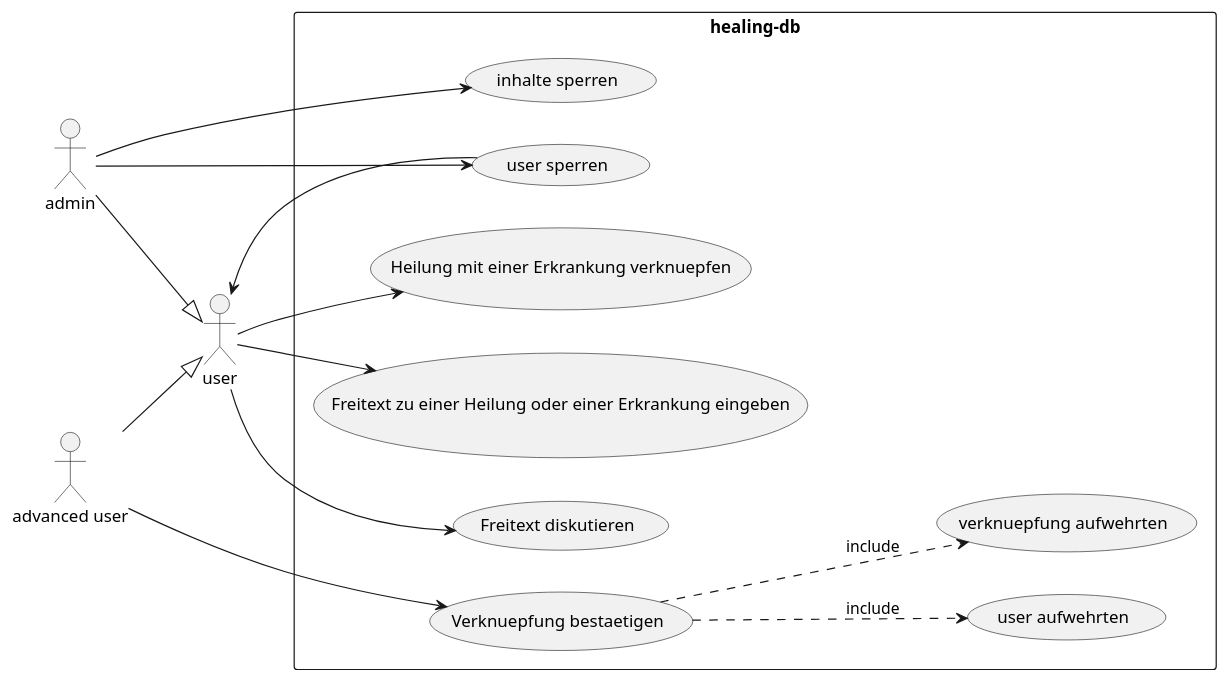
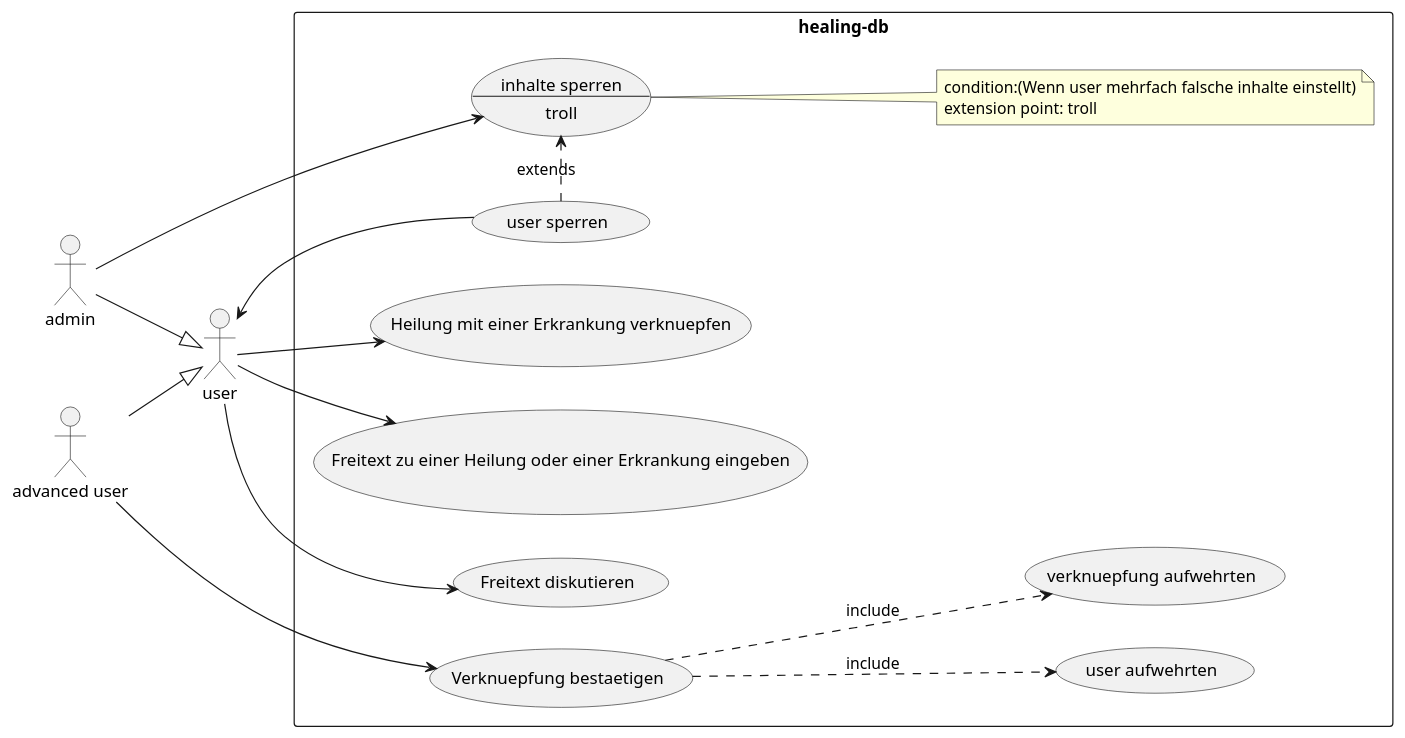
One commit to healing-db/concept changed the diagram in uml/use_case.plantuml. Above: the diagram before and after it, drawn with PlantUML. The commit also changed 2 other files, not shown here.

Commit message:
add extensionpoint "troll"

```diff
--- a/uml/use_case.plantuml
+++ b/uml/use_case.plantuml
@@ -1,25 +1,34 @@
 @startuml
 skinparam packageStyle rectangle
 left to right direction
 
 actor user
 actor admin
 :advanced user: as pro
 pro --|> user
 admin --|> user
 
 rectangle healing-db {
   user --> (Heilung mit einer Erkrankung verknuepfen)
   user --> (Freitext zu einer Heilung oder einer Erkrankung eingeben)
   user --> (Freitext diskutieren)
 
   pro --> (Verknuepfung bestaetigen)
 
   (Verknuepfung bestaetigen) ..> (user aufwehrten) : include
   (Verknuepfung bestaetigen) ..> (verknuepfung aufwehrten) : include
 
-  admin --> (inhalte sperren)
-  admin --> (user sperren)
+  usecase UC1 as "inhalte sperren
+  --
+  troll"
+
+  note right of (UC1)
+    condition:(Wenn user mehrfach falsche inhalte einstellt)
+    extension point: troll
+  end note
+
+  admin --> (UC1)
+  (user sperren) .> (UC1) : extends
   (user sperren) --> user
 }
 @enduml
```
